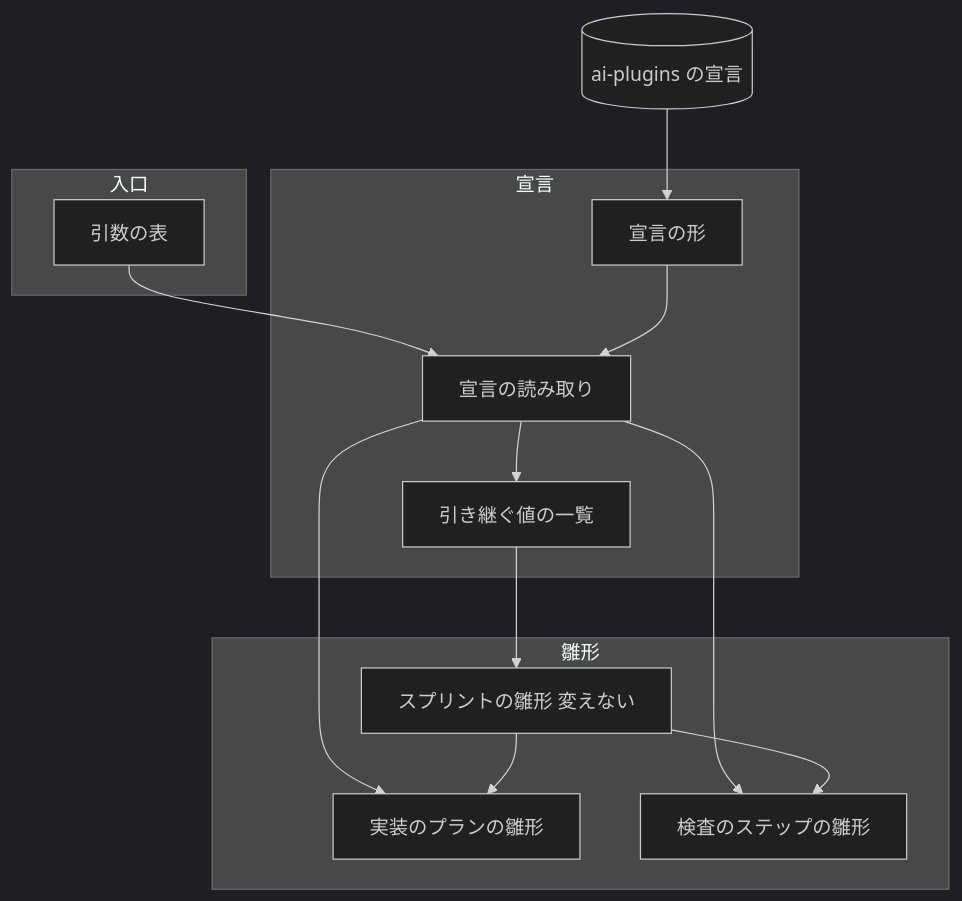
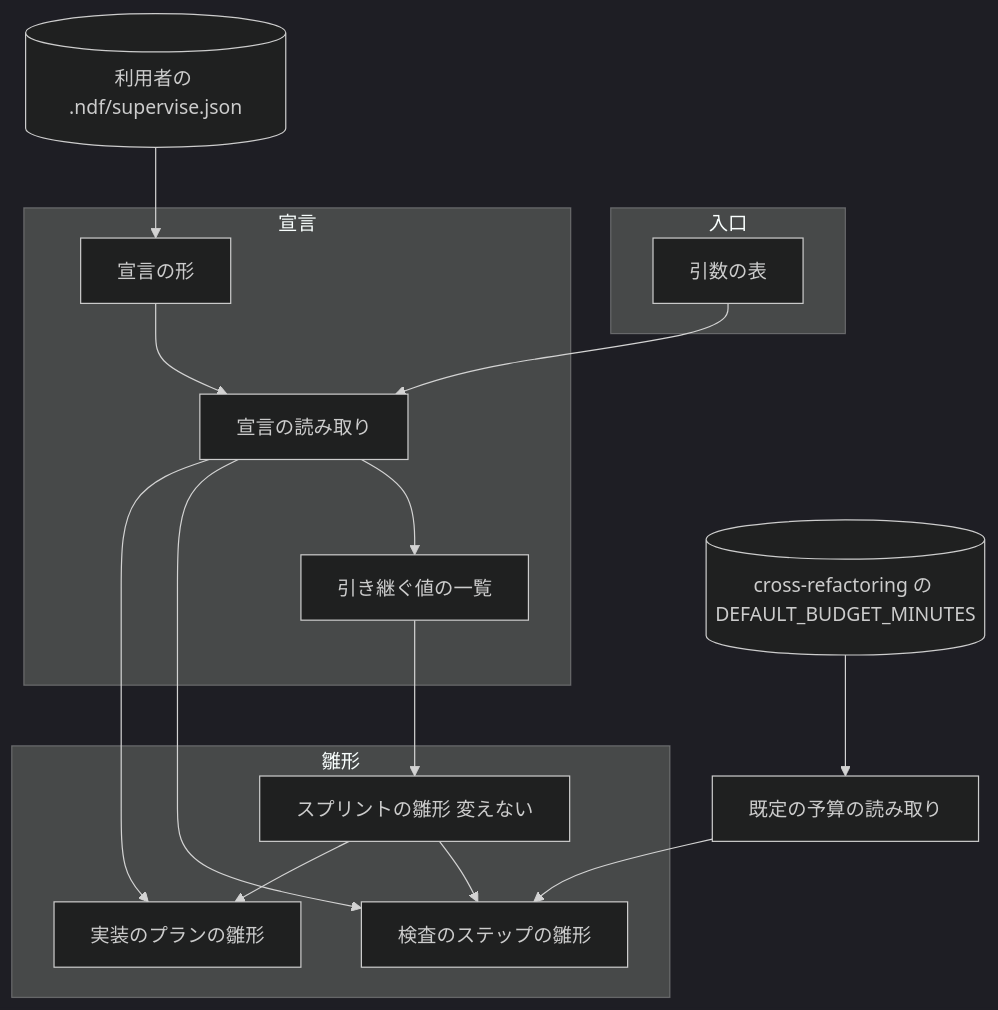
The first of 4 diagrams in issues/issue-1916-design.md (devbasex/ai-plugins), drawn with Mermaid (dark theme) before and after one commit. The commit also changed other lines of this file and 3 other files, not shown here.

````diff
--- a/issues/issue-1916-design.md
+++ b/issues/issue-1916-design.md
@@ -100,24 +101,27 @@
 ```mermaid
 graph TD
     subgraph 入口
         ARG[引数の表]
     end
     subgraph 宣言
         SHAPE[宣言の形]
         APPLY[宣言の読み取り]
         FIELDS[引き継ぐ値の一覧]
     end
     subgraph 雛形
         IMPL[実装のプランの雛形]
         INSP[検査のステップの雛形]
         SPRINT[スプリントの雛形 変えない]
     end
-    DECL[(ai-plugins の宣言)]
+    DECL[(利用者の .ndf/supervise.json)]
+    DEF[既定の予算の読み取り]
+    VOC[(cross-refactoring の DEFAULT_BUDGET_MINUTES)]
     ARG --> APPLY
     DECL --> SHAPE --> APPLY
     APPLY --> IMPL
     APPLY --> INSP
+    VOC --> DEF --> INSP
     APPLY --> FIELDS --> SPRINT
     SPRINT --> IMPL
     SPRINT --> INSP
 ```
````
